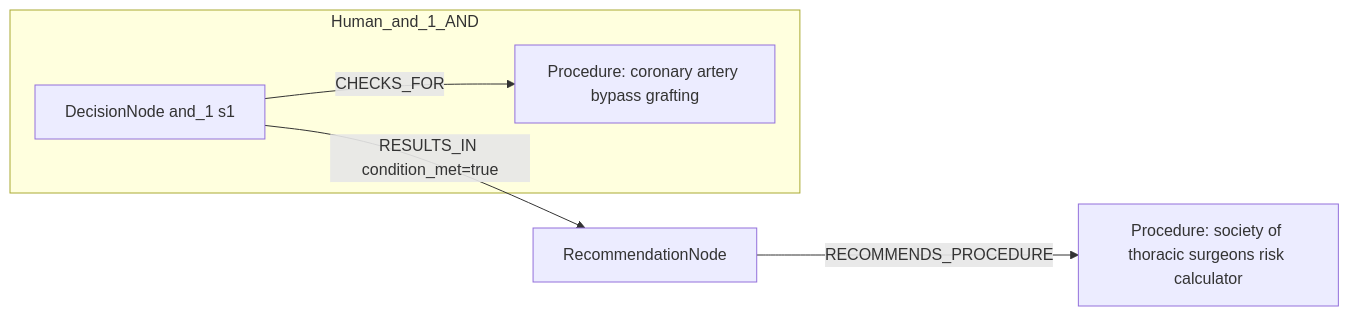
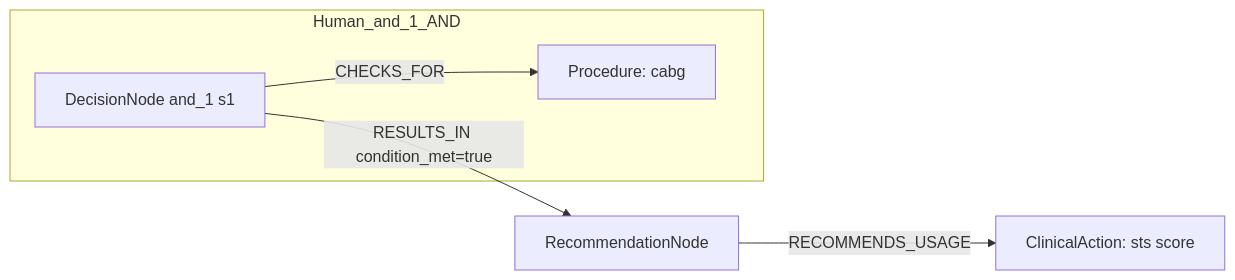
Before and after one commit to dieterich-lab/CardioGuidelinesGraph: the first of 2 diagrams in docs/table22_rows_comparison/row_14.md, drawn with Mermaid. The commit also changed other lines of this file and 20 other files, not shown here.

````diff
--- a/docs/table22_rows_comparison/row_14.md
+++ b/docs/table22_rows_comparison/row_14.md
@@ -310,12 +286,12 @@
 ```mermaid
 graph LR
   REC[RecommendationNode]
-  ACT1[Procedure: society of thoracic surgeons risk calculator]
-  REC -->|RECOMMENDS_PROCEDURE| ACT1
+  ACT1[ClinicalAction: sts score]
+  REC -->|RECOMMENDS_USAGE| ACT1
   subgraph Human_and_1_AND
     D_and_1_1[DecisionNode and_1 s1]
-    C_and_1_1[Procedure: coronary artery bypass grafting]
+    C_and_1_1[Procedure: cabg]
     D_and_1_1 -->|CHECKS_FOR| C_and_1_1
   end
   D_and_1_1 -->|RESULTS_IN condition_met=true| REC
 ```
````
